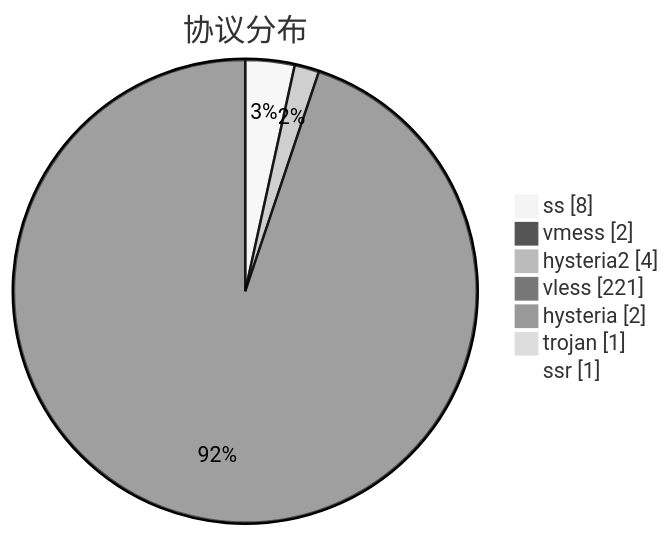
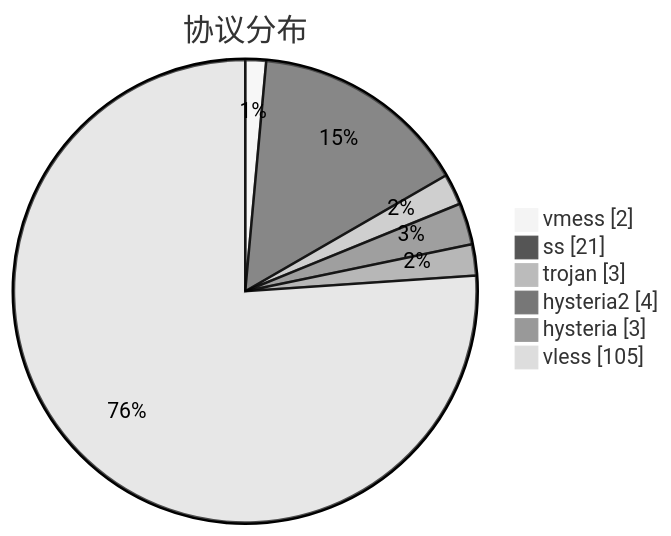
Before and after one commit to sinspired/airport: the third of 3 diagrams in subs/statistics/tested_within.md, drawn with Mermaid (neutral theme). The commit also changed other lines of this file and 2 other files, not shown here.

````diff
--- a/subs/statistics/tested_within.md
+++ b/subs/statistics/tested_within.md
@@ -31,11 +32,10 @@
 ```mermaid
 pie showData
 title 协议分布
-"ss" : 8
 "vmess" : 2
+"ss" : 21
+"trojan" : 3
 "hysteria2" : 4
-"vless" : 221
-"hysteria" : 2
-"trojan" : 1
-"ssr" : 1
+"hysteria" : 3
+"vless" : 105
 ```
````
